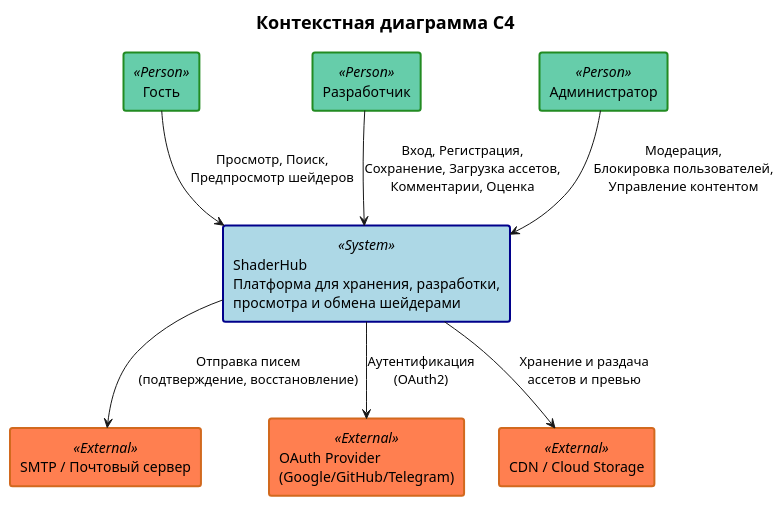
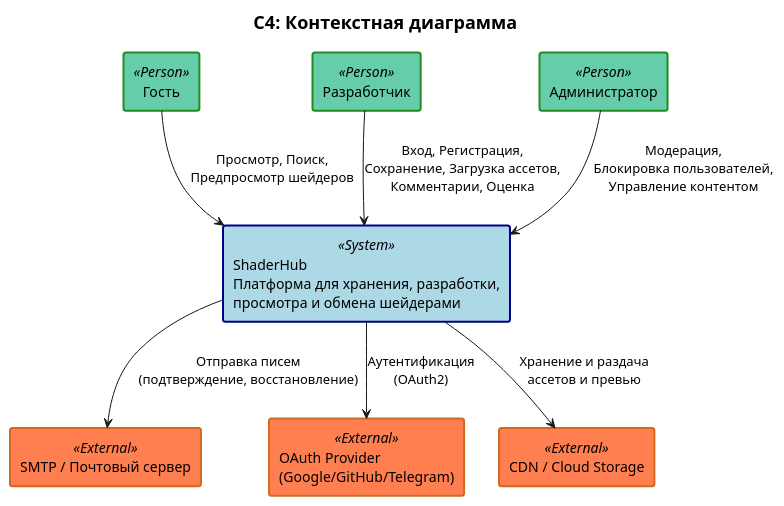
One commit to Mihyich/ShaderHub changed the diagram in docs/charts/c4/01-context/chart.wsd. Above: the diagram before and after it, drawn with PlantUML. The commit also changed 3 other files, not shown here.

Commit message:
Переименование схем

```diff
--- a/docs/charts/c4/01-context/chart.wsd
+++ b/docs/charts/c4/01-context/chart.wsd
@@ -1,96 +1,96 @@
 @startuml C4_Context
 
 skinparam sequenceMessageAlign center
 
 skinparam activity {
     BackgroundColor White
     BorderColor Black
     BorderThickness 2
     FontName "Arial"
     FontSize 12
 }
 
 skinparam title {
     FontSize 18
 }
 
 skinparam rectangle {
     BackgroundColor<<Person>> MediumAquaMarine
     BorderColor<<Person>> ForestGreen
 
     BackgroundColor<<System>> LightBlue
     BorderColor<<System>> DarkBlue
 
     BackgroundColor<<External>> Coral
     BorderColor<<External>> Chocolate
     
     BorderThickness 2
 }
 
-title Контекстная диаграмма C4
+title C4: Контекстная диаграмма
 
 ' ============================================
 ' Элементы диаграммы
 ' ============================================
 
 ' Акторы
 rectangle "Гость" <<Person>> as Guest
 rectangle "Разработчик" <<Person>> as Developer
 rectangle "Администратор" <<Person>> as Admin
 
 ' ============================================
 ' Основная система
 ' ============================================
 rectangle "ShaderHub\nПлатформа для хранения, разработки,\nпросмотра и обмена шейдерами" <<System>> as ShaderHub
 
 ' ============================================
 ' Внешние системы
 ' ============================================
 rectangle "SMTP / Почтовый сервер" <<External>> as SMTP
 rectangle "OAuth Provider\n(Google/GitHub/Telegram)" <<External>> as OAuth
 rectangle "CDN / Cloud Storage" <<External>> as CDN
 
 ' ============================================
 ' Связи
 ' ============================================
 
 ' --- Гость ---
 Guest --> ShaderHub : "Просмотр, Поиск,\nПредпросмотр шейдеров"
 
 ' --- Разработчик (наследуется от Гостя + дополняется) ---
 Developer --> ShaderHub : "Вход, Регистрация,\nСохранение, Загрузка ассетов,\nКомментарии, Оценка"
 
 ' --- Администратор ---
 Admin --> ShaderHub : "Модерация,\nБлокировка пользователей,\nУправление контентом"
 
 ' --- Внешние интеграции ---
 ShaderHub --> SMTP : "Отправка писем\n(подтверждение, восстановление)"
 ShaderHub --> OAuth : "Аутентификация\n(OAuth2)"
 ShaderHub --> CDN : "Хранение и раздача\nассетов и превью"
 
 ' ' Основная система
 ' rectangle "ShaderHub" <<System>> as ShaderHub {
 ' }
 
 ' ' Внешние системы
 ' rectangle "🔗 GitHub/GitLab" <<External>> as Git
 ' rectangle "🔗 CDN (Cloudflare/AWS)" <<External>> as CDN
 ' rectangle "🔗 Auth Service" <<External>> as Auth
 ' rectangle "🔗 Discord/Telegram" <<External>> as Community
 
 ' ' ============================================
 ' ' Связи и потоки данных
 ' ' ============================================
 
 ' Developer --> ShaderHub : "Загружает/Скачивает шейдеры\n(HTTP/REST)"
 ' Artist --> ShaderHub : "Просматривает/\nТестирует шейдеры"
 ' Admin --> ShaderHub : "Управляет контентом\nи пользователями"
 
 ' ShaderHub --> Git : "Синхронизация репозиториев\n(Git API)"
 ' ShaderHub --> CDN : "Хранение и раздача\nассетов (HTTPS)"
 ' ShaderHub --> Auth : "Аутентификация\n(OAuth2/JWT)"
 ' ShaderHub --> Community : "Уведомления и\nанонсы (Webhook)"
 
 
 
 @enduml
```
